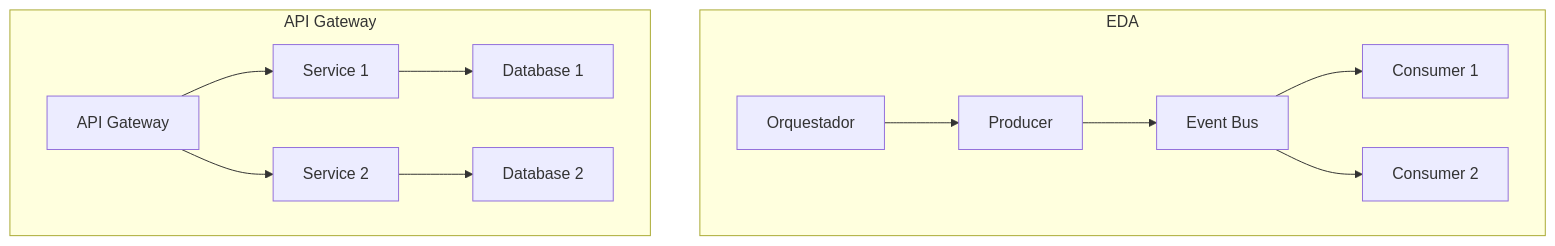
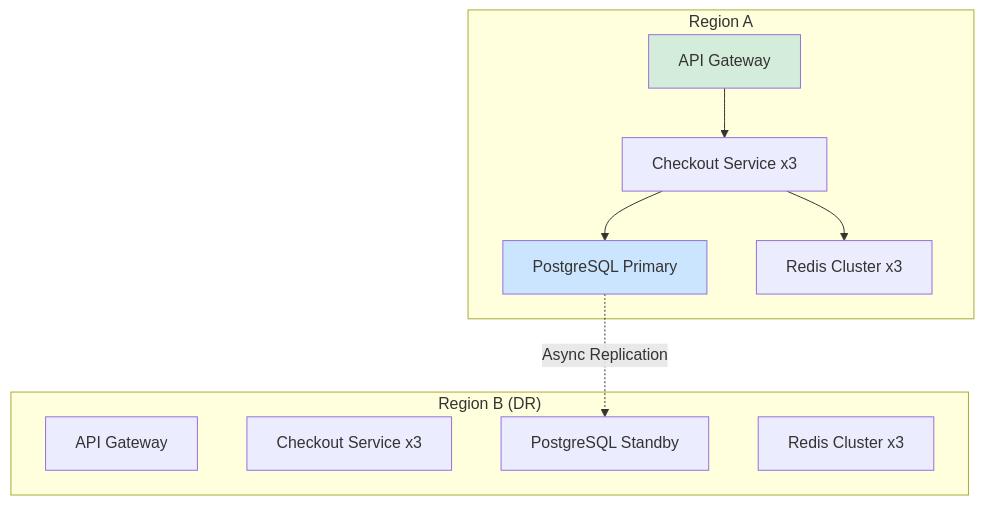
One commit to Joaquinriosheredia/DAM-Java-Mastery changed the fifth of 7 diagrams in _Review/arquitectura_ecommerce_de_alta_escalabilidad/arquitectura_ecommerce_de_alta_escalabilidad.md. Above: the diagram before and after it, drawn with Mermaid. The commit also changed other lines of this file, not shown here.

````diff
--- a/_Review/arquitectura_ecommerce_de_alta_escalabilidad/arquitectura_ecommerce_de_alta_escalabilidad.md
+++ b/_Review/arquitectura_ecommerce_de_alta_escalabilidad/arquitectura_ecommerce_de_alta_escalabilidad.md
@@ -438,15 +390,22 @@
 ```mermaid
 graph TD
-    subgraph EDA
-        A[Orquestador] --> B[Producer]
-        B --> C[Event Bus]
-        C --> D[Consumer 1]
-        C --> E[Consumer 2]
+    subgraph "Region A"
+        GW_A[API Gateway]
+        SVC_A[Checkout Service x3]
+        DB_A[PostgreSQL Primary]
+        REDIS_A[Redis Cluster x3]
     end
-    subgraph API Gateway
-        F[API Gateway] --> G[Service 1]
-        F --> H[Service 2]
-        G --> I[Database 1]
-        H --> J[Database 2]
+    subgraph "Region B (DR)"
+        GW_B[API Gateway]
+        SVC_B[Checkout Service x3]
+        DB_B[PostgreSQL Standby]
+        REDIS_B[Redis Cluster x3]
     end
+    GW_A --> SVC_A
+    SVC_A --> DB_A
+    SVC_A --> REDIS_A
+    DB_A -.->|Async Replication| DB_B
+    
+    style GW_A fill:#d4edda
+    style DB_A fill:#cce5ff
 ```
````
